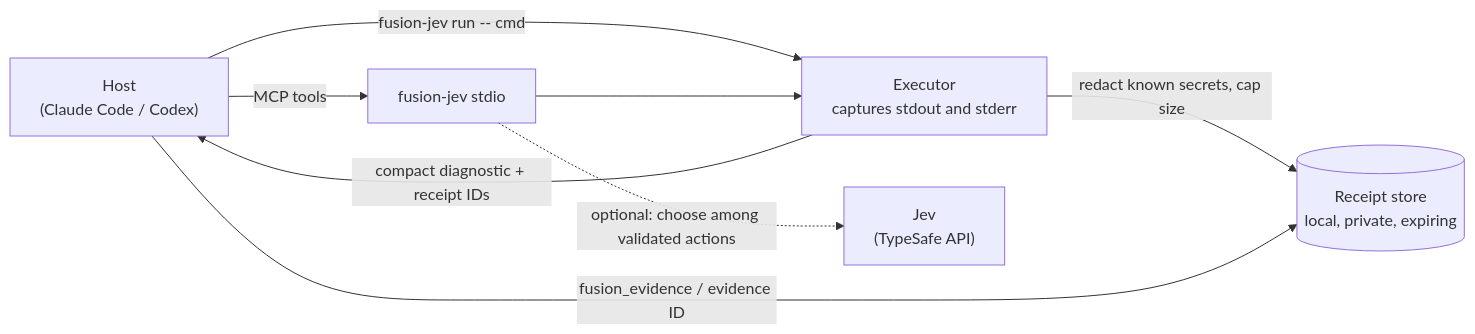
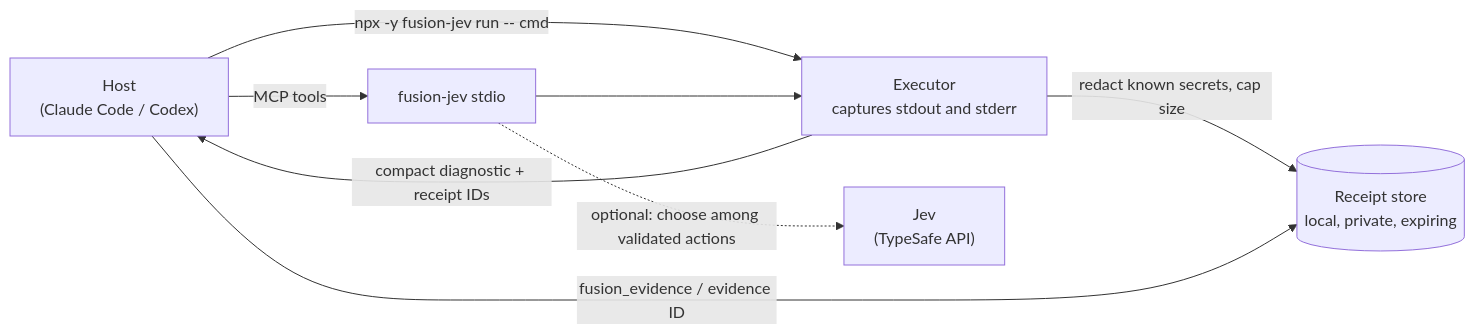
One commit to Tlkh201313/fusion-jev changed the diagram in README.md. Above: the diagram before and after it, drawn with Mermaid. The commit also changed other lines of this file and 28 other files, not shown here.

````diff
--- a/README.md
+++ b/README.md
@@ -104,10 +109,10 @@
 ```mermaid
 flowchart LR
   Host["Host<br/>(Claude Code / Codex)"] -->|MCP tools| Server["fusion-jev stdio"]
-  Host -->|"fusion-jev run -- cmd"| Exec["Executor<br/>captures stdout and stderr"]
+  Host -->|"npx -y fusion-jev run -- cmd"| Exec["Executor<br/>captures stdout and stderr"]
   Server --> Exec
   Exec -->|"redact known secrets, cap size"| Store[("Receipt store<br/>local, private, expiring")]
   Exec -->|"compact diagnostic + receipt IDs"| Host
   Host -->|"fusion_evidence / evidence ID"| Store
   Server -.->|"optional: choose among validated actions"| Jev["Jev<br/>(TypeSafe API)"]
 ```
````
